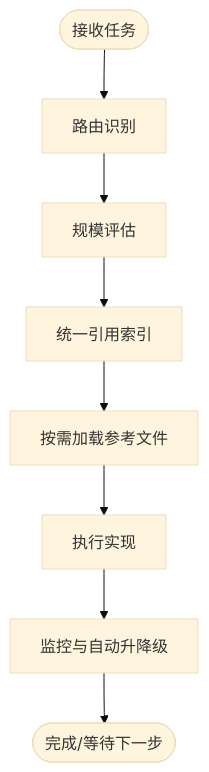
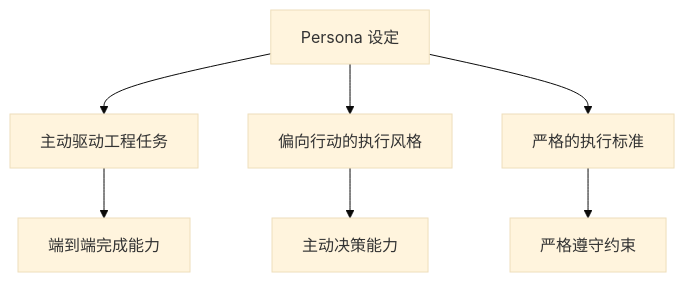
Before and after one commit to AngelWings1997/altas: the third of 8 diagrams in .qoder/repowiki/zh/content/核心协议/核心协议.md, drawn with Mermaid (base theme). The commit also changed other lines of this file and 7 other files, not shown here.

````diff
--- a/.qoder/repowiki/zh/content/核心协议/核心协议.md
+++ b/.qoder/repowiki/zh/content/核心协议/核心协议.md
@@ -151,10 +137,9 @@
 ```mermaid
 flowchart TD
-Start(["接收任务"]) --> Route["路由识别"]
-Route --> Scale["规模评估"]
-Scale --> Index["统一引用索引"]
-Index --> Load["按需加载参考文件"]
-Load --> Execute["执行实现"]
-Execute --> Monitor["监控与自动升降级"]
-Monitor --> End(["完成/等待下一步"])
+Persona["Persona 设定"] --> Proactive["主动驱动工程任务"]
+Persona --> Action["偏向行动的执行风格"]
+Persona --> Rigorous["严格的执行标准"]
+Proactive --> EndToEnd["端到端完成能力"]
+Action --> Initiative["主动决策能力"]
+Rigorous --> Compliance["严格遵守约束"]
 ```
````
